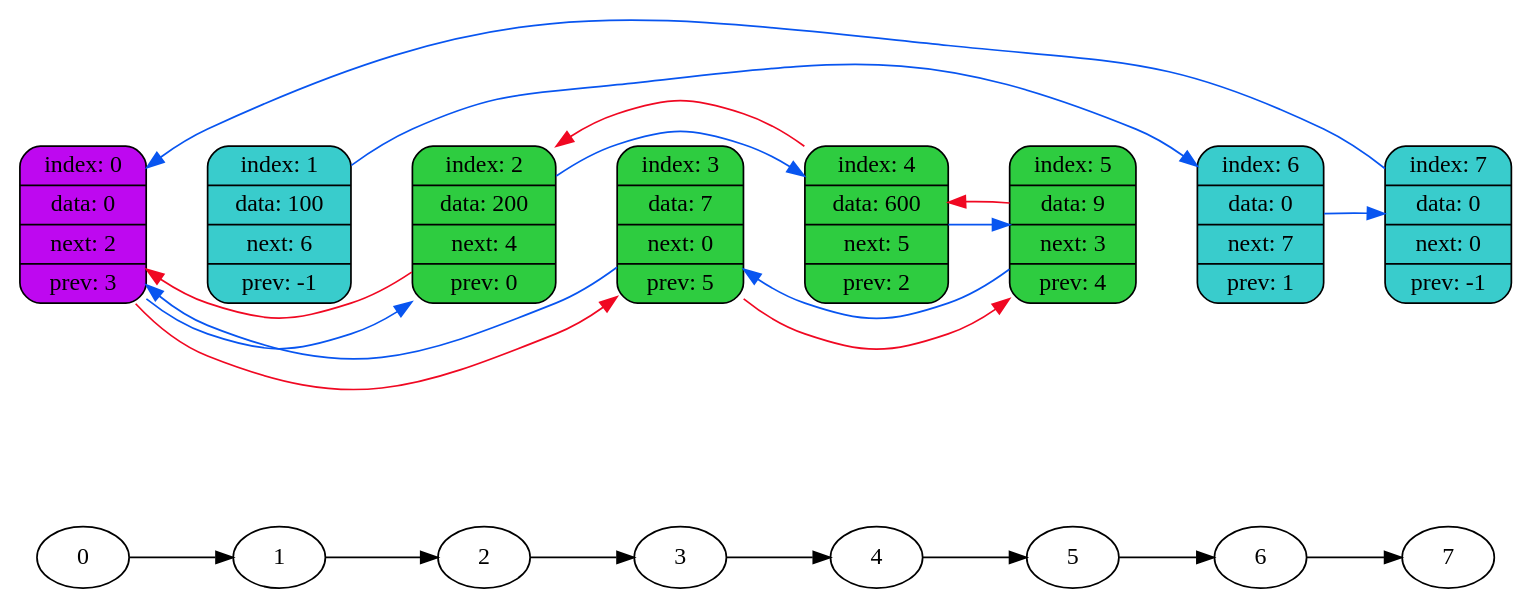
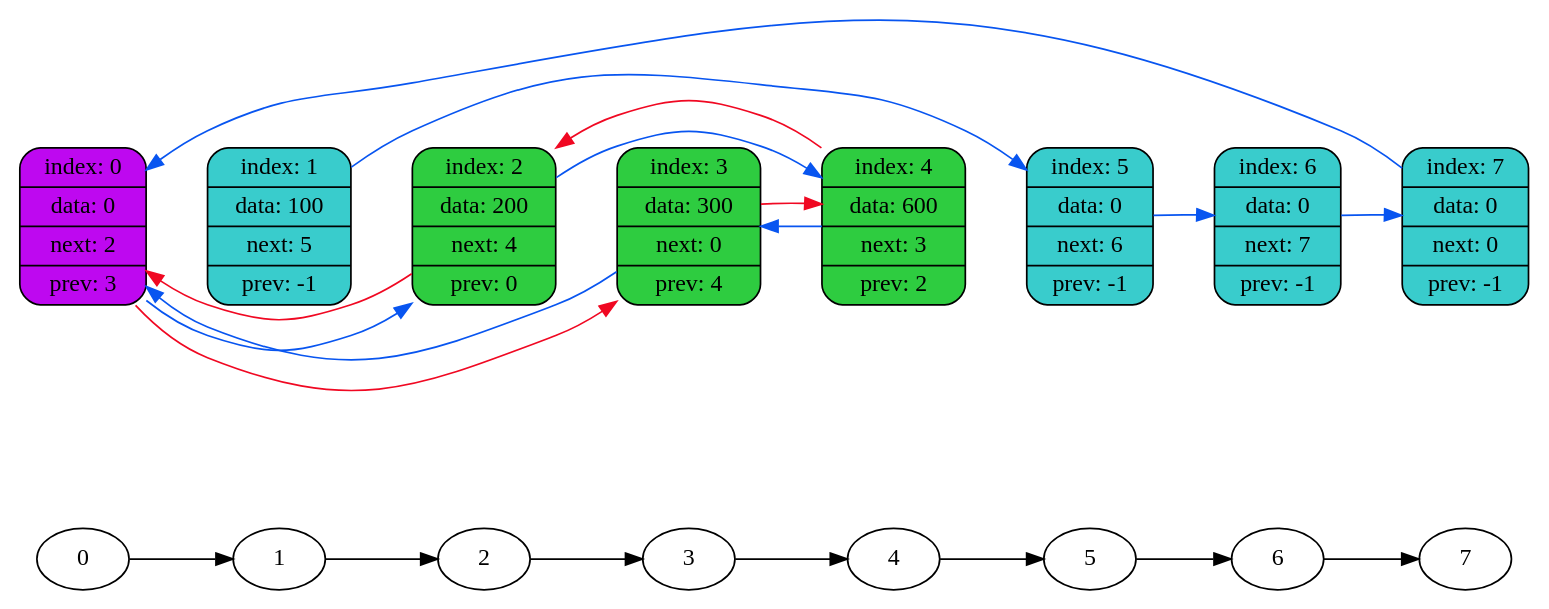
The diagram in data/dump3.dot (coffee8cat/list), drawn with Graphviz before and after one commit. The commit also changed 7 other files, not shown here.

```diff
--- a/data/dump3.dot
+++ b/data/dump3.dot
@@ -1,46 +1,45 @@
 digraph
 {
     rankdir=LR
 
     "0" -> "1" -> "2" -> "3" -> "4" -> "5" -> "6" -> "7";
 
-    node1[shape=record,style="rounded,filled",fillcolor="#39CCCC",label="index: 1 | data: 100 | next: 6 | prev: -1"];
-    node6[shape=record,style="rounded,filled",fillcolor="#39CCCC",label="index: 6 | data: 0 | next: 7 | prev: 1"];
+    node1[shape=record,style="rounded,filled",fillcolor="#39CCCC",label="index: 1 | data: 100 | next: 5 | prev: -1"];
+    node5[shape=record,style="rounded,filled",fillcolor="#39CCCC",label="index: 5 | data: 0 | next: 6 | prev: -1"];
+    node6[shape=record,style="rounded,filled",fillcolor="#39CCCC",label="index: 6 | data: 0 | next: 7 | prev: -1"];
     node7[shape=record,style="rounded,filled",fillcolor="#39CCCC",label="index: 7 | data: 0 | next: 0 | prev: -1"];
     node0[shape=record,style="rounded,filled",fillcolor="#BE08F0",label="index: 0 | data: 0 | next: 2 | prev: 3"];
     node2[shape=record,style="rounded,filled",fillcolor="#2ECC40",label="index: 2 | data: 200 | next: 4 | prev: 0"];
-    node4[shape=record,style="rounded,filled",fillcolor="#2ECC40",label="index: 4 | data: 600 | next: 5 | prev: 2"];
-    node5[shape=record,style="rounded,filled",fillcolor="#2ECC40",label="index: 5 | data: 9 | next: 3 | prev: 4"];
-    node3[shape=record,style="rounded,filled",fillcolor="#2ECC40",label="index: 3 | data: 7 | next: 0 | prev: 5"];
+    node4[shape=record,style="rounded,filled",fillcolor="#2ECC40",label="index: 4 | data: 600 | next: 3 | prev: 2"];
+    node3[shape=record,style="rounded,filled",fillcolor="#2ECC40",label="index: 3 | data: 300 | next: 0 | prev: 4"];
 
     node0 -> node1[color="none",penwidth=100000000]
     {rank = same; "0"; node0}
     node1 -> node2[color="none",penwidth=100000000]
     {rank = same; "1"; node1}
     node2 -> node3[color="none",penwidth=100000000]
     {rank = same; "2"; node2}
     node3 -> node4[color="none",penwidth=100000000]
     {rank = same; "3"; node3}
     node4 -> node5[color="none",penwidth=100000000]
     {rank = same; "4"; node4}
     node5 -> node6[color="none",penwidth=100000000]
     {rank = same; "5"; node5}
     node6 -> node7[color="none",penwidth=100000000]
     {rank = same; "6"; node6}
     {rank = same; "7"; node7}
 
     node0 -> node2[color="#0855F0",constraint=false]
     node2 -> node0[color="#F00822",constraint=false]
     node2 -> node4[color="#0855F0",constraint=false]
     node4 -> node2[color="#F00822",constraint=false]
-    node4 -> node5[color="#0855F0",constraint=false]
-    node5 -> node4[color="#F00822",constraint=false]
-    node5 -> node3[color="#0855F0",constraint=false]
-    node3 -> node5[color="#F00822",constraint=false]
+    node4 -> node3[color="#0855F0",constraint=false]
+    node3 -> node4[color="#F00822",constraint=false]
     node3 -> node0[color="#0855F0",constraint=false]
 
     node0 -> node3[color="#F00822",constraint=false]
-    node1 -> node6[color="#0855F0",constraint=false]
+    node1 -> node5[color="#0855F0",constraint=false]
+    node5 -> node6[color="#0855F0",constraint=false]
     node6 -> node7[color="#0855F0",constraint=false]
     node7 -> node0[color="#0855F0",constraint=false]
 }
```
